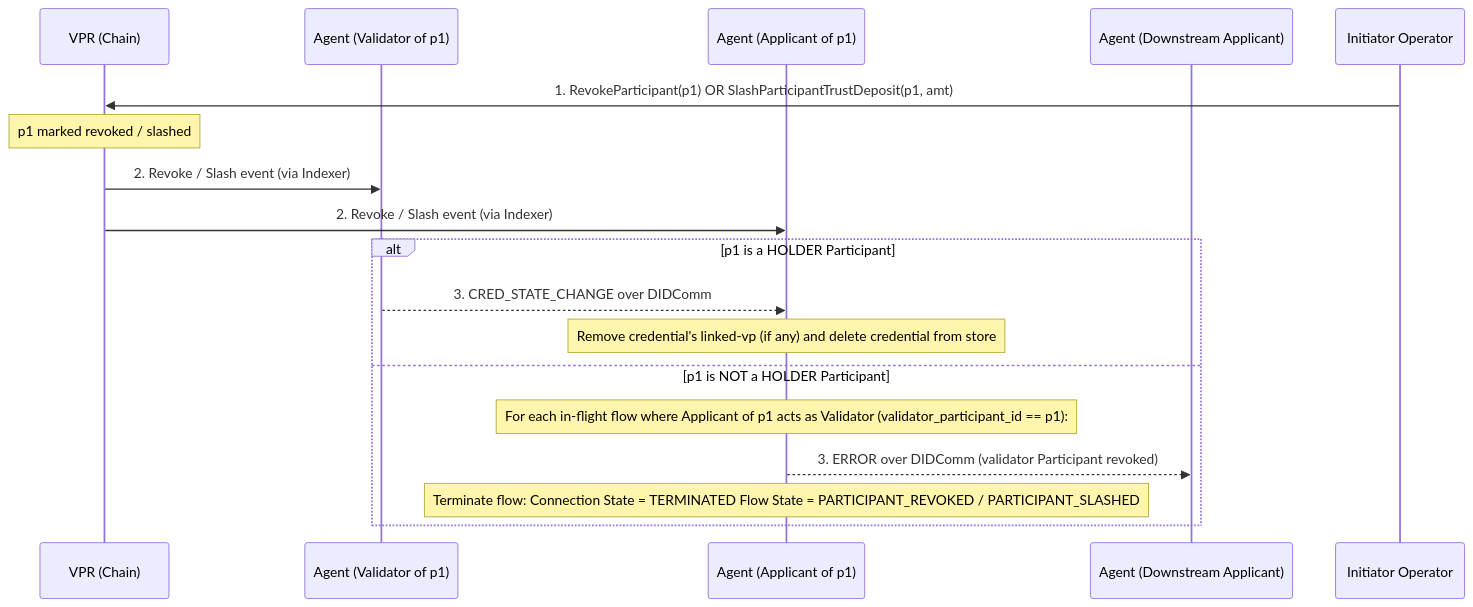
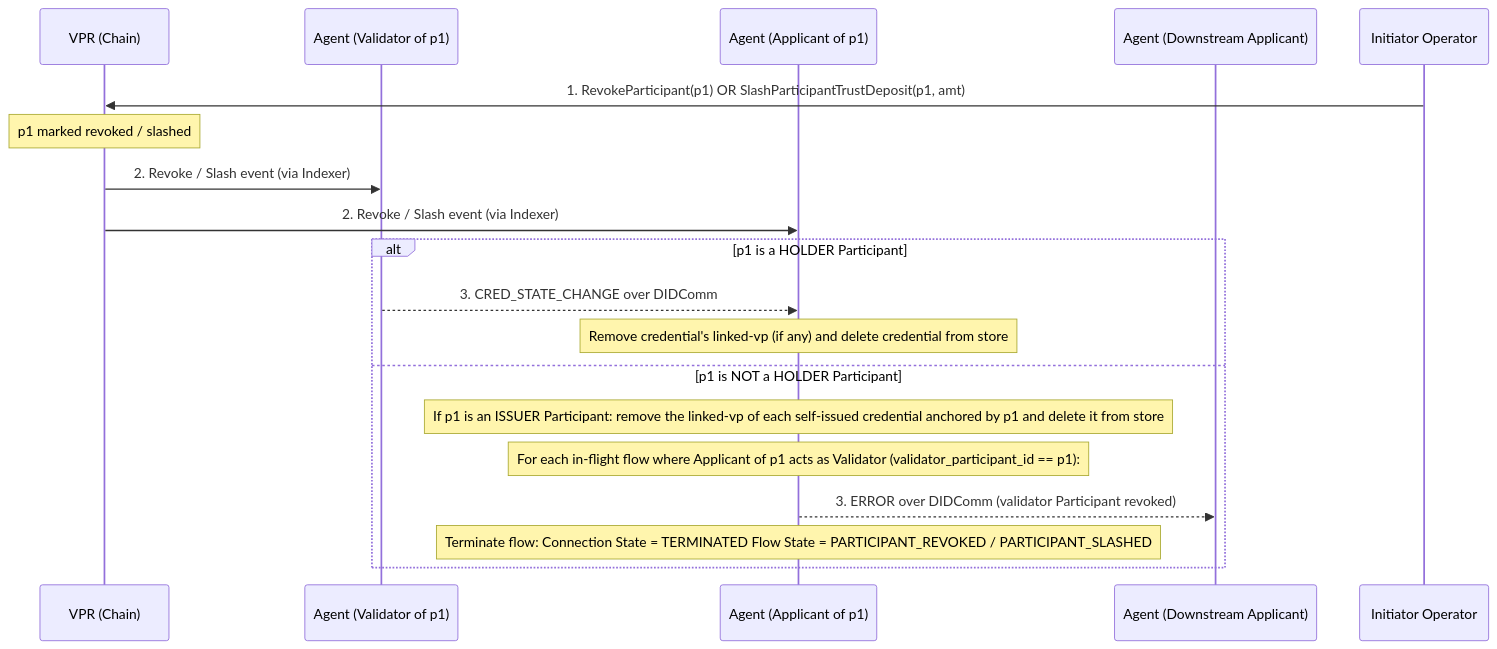
The fifth of 8 diagrams in v4/vs-agent/spec.md (verana-labs/verana-spec), drawn with Mermaid before and after one commit. The commit also changed other lines of this file, not shown here.

````diff
--- a/v4/vs-agent/spec.md
+++ b/v4/vs-agent/spec.md
@@ -3112,21 +3110,22 @@
 ```mermaid
 sequenceDiagram
     participant VPR as VPR (Chain)
     participant Validator as Agent (Validator of p1)
     participant Applicant as Agent (Applicant of p1)
     participant Downstream as Agent (Downstream Applicant)
 
     Initiator Operator->>VPR: 1. RevokeParticipant(p1) OR SlashParticipantTrustDeposit(p1, amt)
     Note over VPR: p1 marked revoked / slashed
     VPR->>Validator: 2. Revoke / Slash event (via Indexer)
     VPR->>Applicant: 2. Revoke / Slash event (via Indexer)
 
     alt p1 is a HOLDER Participant
         Validator-->>Applicant: 3. CRED_STATE_CHANGE over DIDComm
         Note over Applicant: Remove credential's linked-vp (if any) and delete credential from store
     else p1 is NOT a HOLDER Participant
+        Note over Applicant: If p1 is an ISSUER Participant: remove the linked-vp of each self-issued credential anchored by p1 and delete it from store
         Note over Applicant: For each in-flight flow where Applicant of p1 acts as Validator (validator_participant_id == p1):
         Applicant-->>Downstream: 3. ERROR over DIDComm (validator Participant revoked)
         Note over Applicant: Terminate flow: Connection State = TERMINATED Flow State = PARTICIPANT_REVOKED / PARTICIPANT_SLASHED
     end
 ```
````
